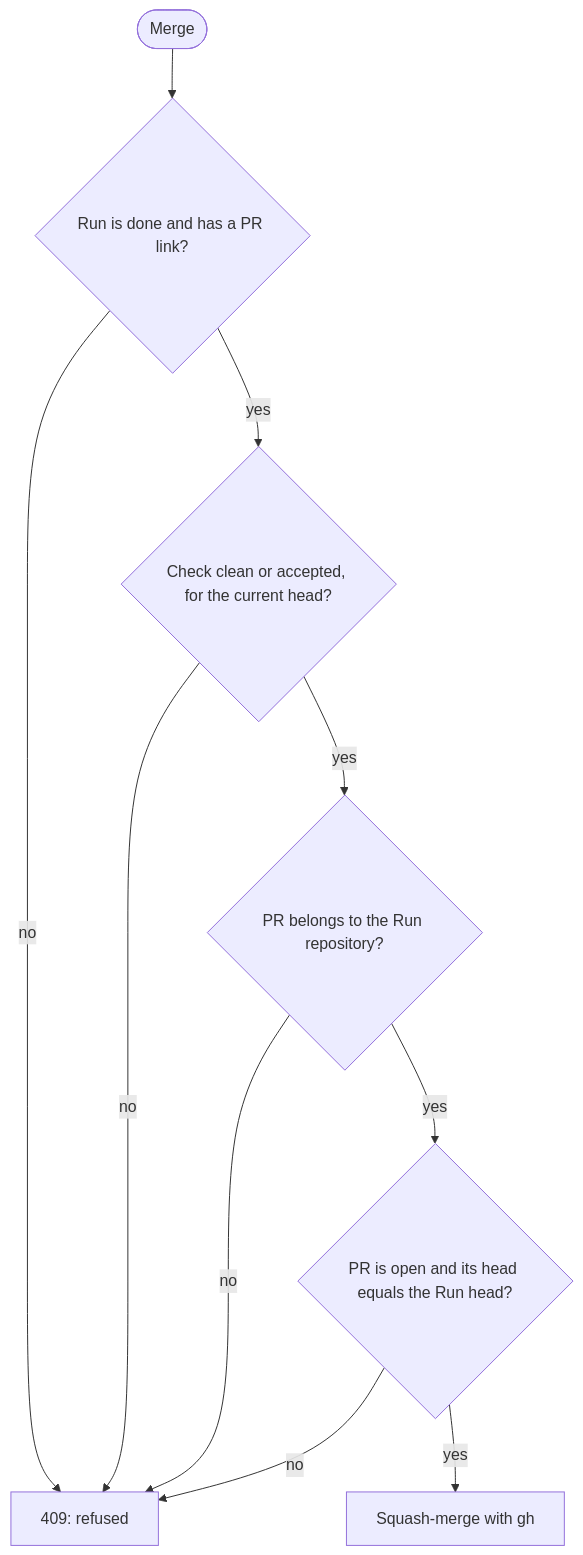
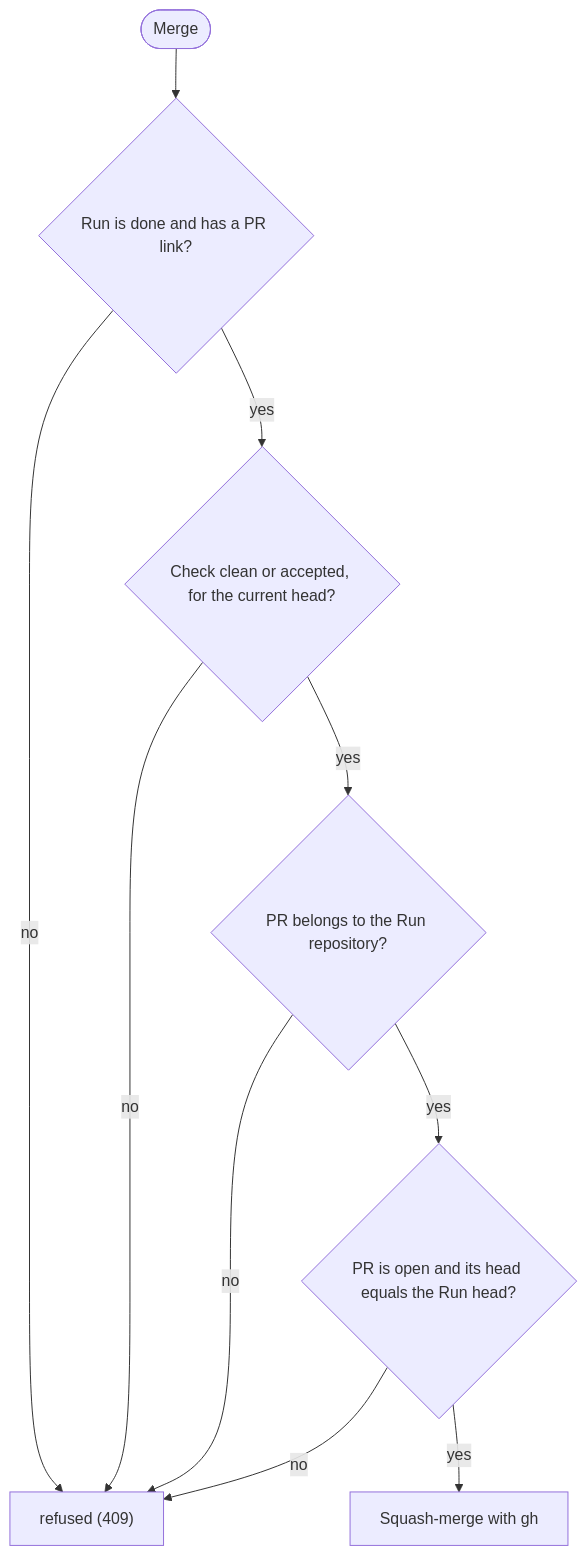
The diagram in docs/dashboard.md (TDSchreur/tds-factory), drawn with Mermaid before and after one commit. The commit also changed other lines of this file and 8 other files, not shown here.

````diff
--- a/docs/dashboard.md
+++ b/docs/dashboard.md
@@ -23,12 +23,12 @@
 ```mermaid
 flowchart TB
     click(["Merge"]) --> done{"Run is done and has a PR link?"}
-    done -->|no| refuse["409: refused"]
+    done -->|no| refuse["refused (409)"]
     done -->|yes| clean{"Check clean or accepted, for the current head?"}
     clean -->|no| refuse
     clean -->|yes| repo{"PR belongs to the Run repository?"}
     repo -->|no| refuse
     repo -->|yes| open{"PR is open and its head equals the Run head?"}
     open -->|no| refuse
     open -->|yes| merge["Squash-merge with gh"]
 ```
````
